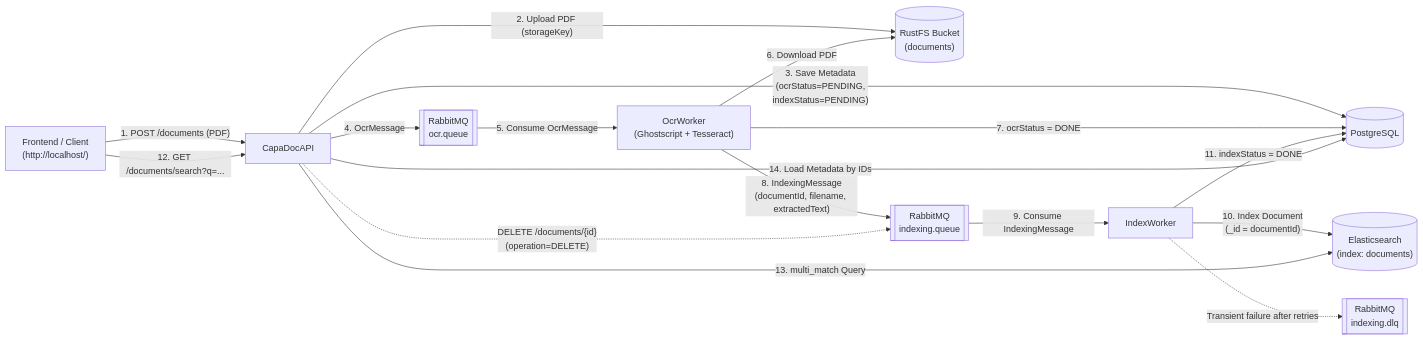
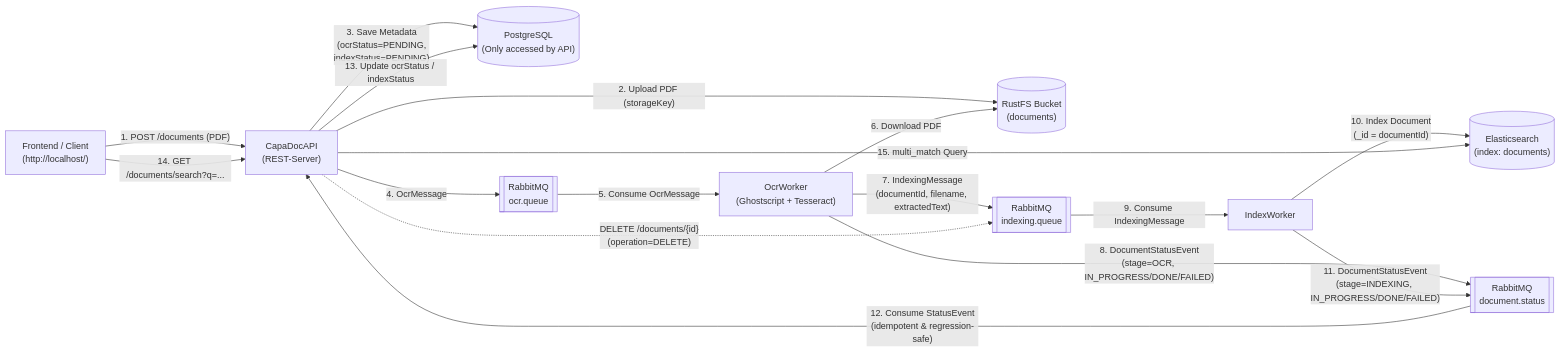
The diagram in README.md (Pascal07/SWEN3_Capa_Doc), drawn with Mermaid before and after one commit. The commit also changed other lines of this file and 49 other files, not shown here.

Commit message:
feat: implement document status updates with RabbitMQ integration and new processing stages

````diff
--- a/README.md
+++ b/README.md
@@ -119,19 +122,19 @@
 ```mermaid
 flowchart LR
-    Client["Frontend / Client\n(http://localhost/)"] -->|"1. POST /documents (PDF)"| API["CapaDocAPI"]
+    Client["Frontend / Client\n(http://localhost/)"] -->|"1. POST /documents (PDF)"| API["CapaDocAPI\n(REST-Server)"]
     API -->|"2. Upload PDF (storageKey)"| RustFS[("RustFS Bucket\n(documents)")]
-    API -->|"3. Save Metadata\n(ocrStatus=PENDING,\nindexStatus=PENDING)"| DB[("PostgreSQL")]
+    API -->|"3. Save Metadata\n(ocrStatus=PENDING,\nindexStatus=PENDING)"| DB[("PostgreSQL\n(Only accessed by API)")]
     API -->|"4. OcrMessage"| OcrQ[["RabbitMQ\nocr.queue"]]
     OcrQ -->|"5. Consume OcrMessage"| OcrWorker["OcrWorker\n(Ghostscript + Tesseract)"]
     OcrWorker -->|"6. Download PDF"| RustFS
-    OcrWorker -->|"7. ocrStatus = DONE"| DB
-    OcrWorker -->|"8. IndexingMessage\n(documentId, filename, extractedText)"| IdxQ[["RabbitMQ\nindexing.queue"]]
+    OcrWorker -->|"7. IndexingMessage\n(documentId, filename, extractedText)"| IdxQ[["RabbitMQ\nindexing.queue"]]
+    OcrWorker -->|"8. DocumentStatusEvent\n(stage=OCR, IN_PROGRESS/DONE/FAILED)"| StatusQ[["RabbitMQ\ndocument.status"]]
     IdxQ -->|"9. Consume IndexingMessage"| IdxWorker["IndexWorker"]
     IdxWorker -->|"10. Index Document\n(_id = documentId)"| ES[("Elasticsearch\n(index: documents)")]
-    IdxWorker -->|"11. indexStatus = DONE"| DB
-    Client -->|"12. GET /documents/search?q=..."| API
-    API -->|"13. multi_match Query"| ES
-    API -->|"14. Load Metadata by IDs"| DB
+    IdxWorker -->|"11. DocumentStatusEvent\n(stage=INDEXING, IN_PROGRESS/DONE/FAILED)"| StatusQ
+    StatusQ -->|"12. Consume StatusEvent\n(idempotent & regression-safe)"| API
+    API -->|"13. Update ocrStatus / indexStatus"| DB
+    Client -->|"14. GET /documents/search?q=..."| API
+    API -->|"15. multi_match Query"| ES
     API -.->|"DELETE /documents/{id}\n(operation=DELETE)"| IdxQ
-    IdxWorker -.->|"Transient failure after retries"| IdxDLQ[["RabbitMQ\nindexing.dlq"]]
 ```
````
